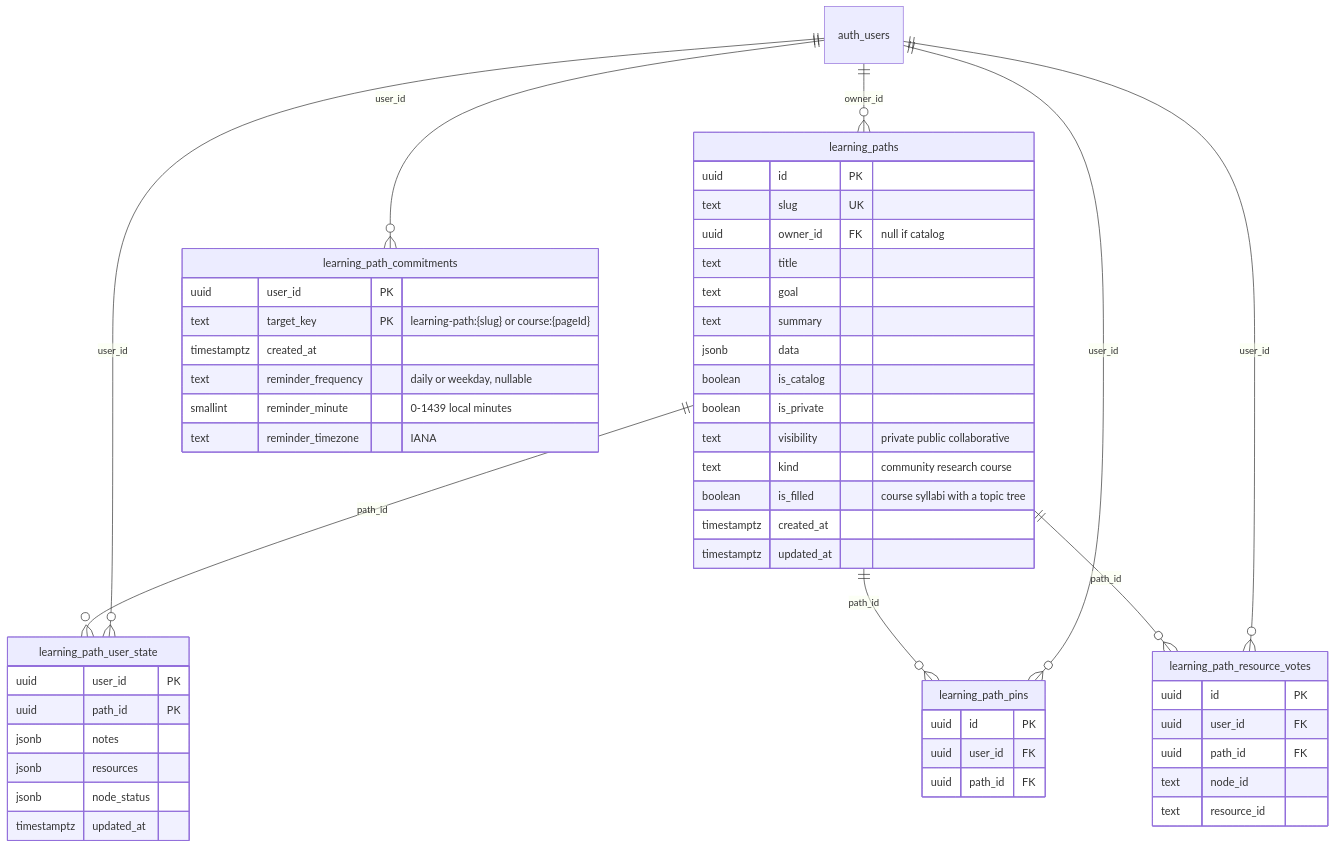
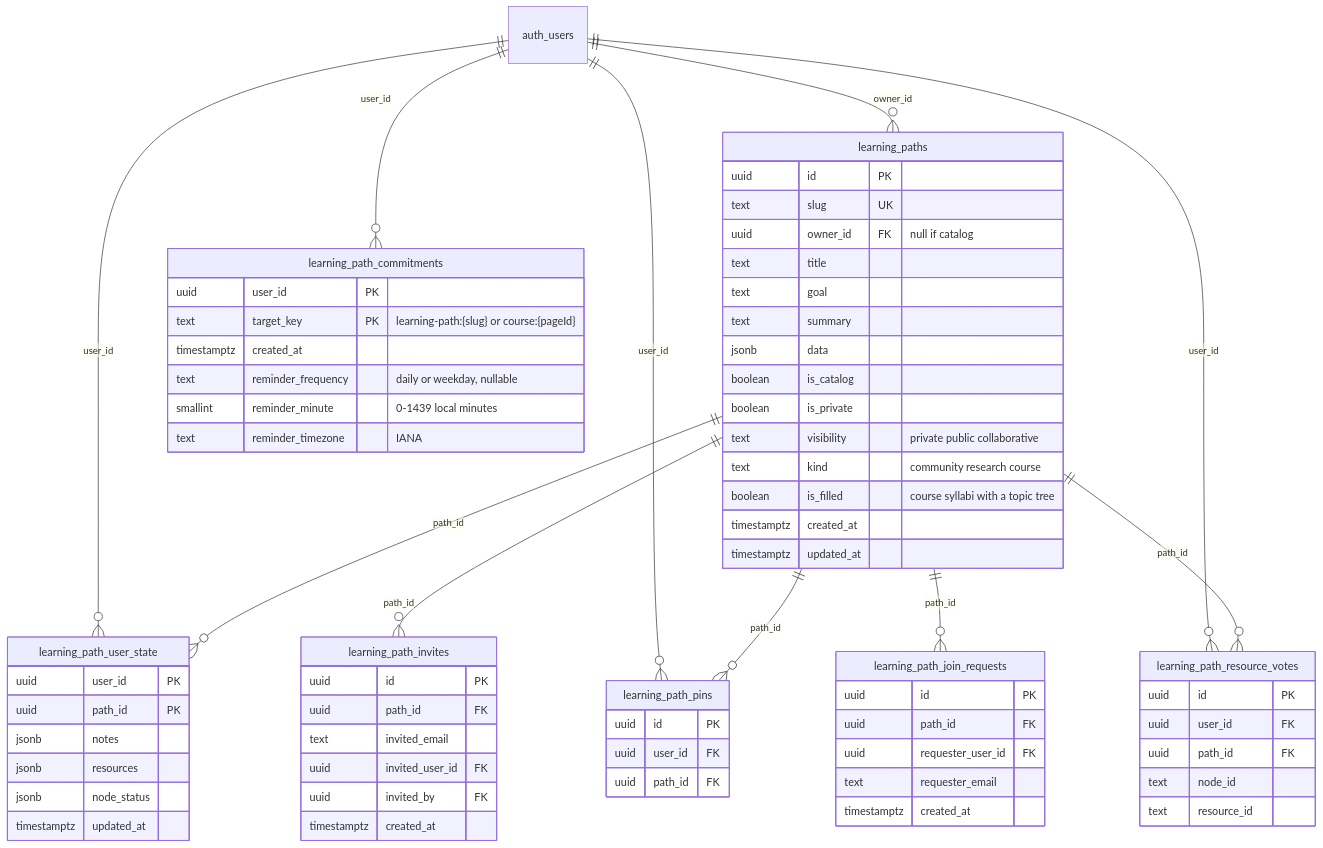
One commit to coursetexts/notion-site changed the sixth of 10 diagrams in docs/database.md. Above: the diagram before and after it, drawn with Mermaid. The commit also changed other lines of this file and 26 other files, not shown here.

First line of the commit message:
Let people invite collaborators on private paths, request to join, and accept collab resource suggestions.

````diff
--- a/docs/database.md
+++ b/docs/database.md
@@ -315,60 +319,79 @@
 ```mermaid
 erDiagram
   auth_users ||--o{ learning_paths : "owner_id"
   learning_paths ||--o{ learning_path_user_state : "path_id"
   learning_paths ||--o{ learning_path_pins : "path_id"
   learning_paths ||--o{ learning_path_resource_votes : "path_id"
+  learning_paths ||--o{ learning_path_invites : "path_id"
+  learning_paths ||--o{ learning_path_join_requests : "path_id"
   auth_users ||--o{ learning_path_user_state : "user_id"
   auth_users ||--o{ learning_path_pins : "user_id"
   auth_users ||--o{ learning_path_resource_votes : "user_id"
   auth_users ||--o{ learning_path_commitments : "user_id"
 
   learning_paths {
     uuid id PK
     text slug UK
     uuid owner_id FK "null if catalog"
     text title
     text goal
     text summary
     jsonb data
     boolean is_catalog
     boolean is_private
     text visibility "private public collaborative"
     text kind "community research course"
     boolean is_filled "course syllabi with a topic tree"
     timestamptz created_at
     timestamptz updated_at
   }
 
   learning_path_user_state {
     uuid user_id PK
     uuid path_id PK
     jsonb notes
     jsonb resources
     jsonb node_status
     timestamptz updated_at
   }
 
   learning_path_pins {
     uuid id PK
     uuid user_id FK
     uuid path_id FK
   }
 
   learning_path_resource_votes {
     uuid id PK
     uuid user_id FK
     uuid path_id FK
     text node_id
     text resource_id
   }
 
   learning_path_commitments {
     uuid user_id PK
     text target_key PK "learning-path:{slug} or course:{pageId}"
     timestamptz created_at
     text reminder_frequency "daily or weekday, nullable"
     smallint reminder_minute "0-1439 local minutes"
     text reminder_timezone "IANA"
   }
+
+  learning_path_invites {
+    uuid id PK
+    uuid path_id FK
+    text invited_email
+    uuid invited_user_id FK
+    uuid invited_by FK
+    timestamptz created_at
+  }
+
+  learning_path_join_requests {
+    uuid id PK
+    uuid path_id FK
+    uuid requester_user_id FK
+    text requester_email
+    timestamptz created_at
+  }
 ```
````
